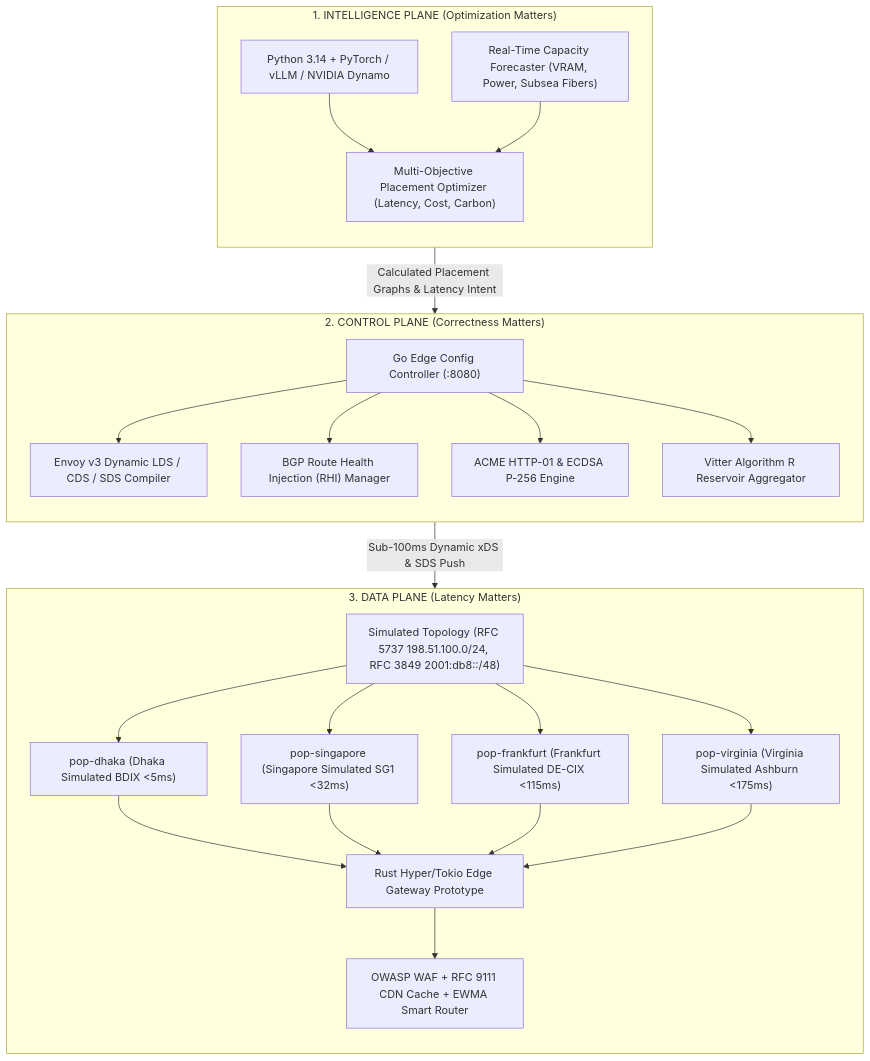
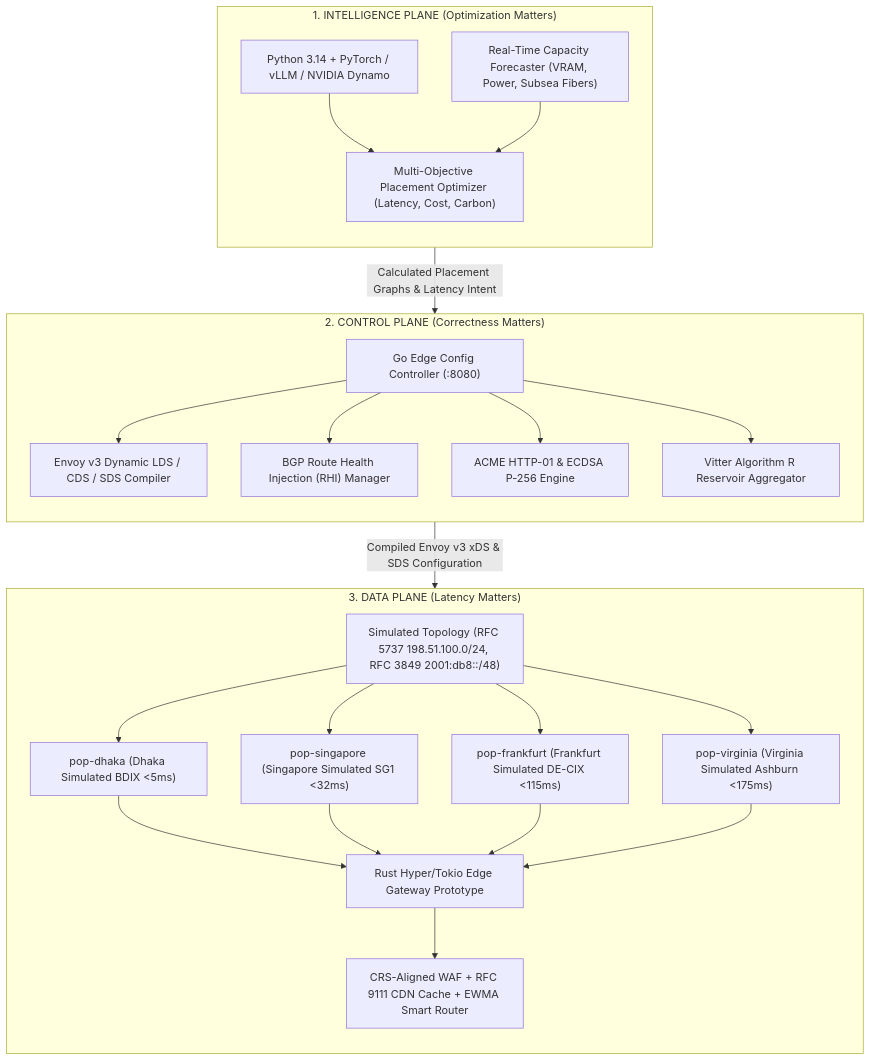
The diagram in README.md (iammahmudhasan/Global-Infrastructure), drawn with Mermaid before and after one commit. The commit also changed other lines of this file and 7 other files, not shown here.

Commit message:
feat(security): wire control plane auth middleware, enforce resource-level authorization, and add CI pipeline

````diff
--- a/README.md
+++ b/README.md
@@ -68,48 +68,48 @@
 ```mermaid
 graph TD
     subgraph IntelligencePlane["1. INTELLIGENCE PLANE (Optimization Matters)"]
         direction TB
         PyModels["Python 3.14 + PyTorch / vLLM / NVIDIA Dynamo"]
         CapacityEngine["Real-Time Capacity Forecaster (VRAM, Power, Subsea Fibers)"]
         WorkloadOptimizer["Multi-Objective Placement Optimizer (Latency, Cost, Carbon)"]
         PyModels --> WorkloadOptimizer
         CapacityEngine --> WorkloadOptimizer
     end
 
     subgraph ControlPlane["2. CONTROL PLANE (Correctness Matters)"]
         direction TB
         EdgeController["Go Edge Config Controller (:8080)"]
         Compiler["Envoy v3 Dynamic LDS / CDS / SDS Compiler"]
         AnycastManager["BGP Route Health Injection (RHI) Manager"]
         CertManager["ACME HTTP-01 & ECDSA P-256 Engine"]
         AnalyticsStore["Vitter Algorithm R Reservoir Aggregator"]
         EdgeController --> Compiler
         EdgeController --> AnycastManager
         EdgeController --> CertManager
         EdgeController --> AnalyticsStore
     end
 
     subgraph DataPlane["3. DATA PLANE (Latency Matters)"]
         direction TB
         AnycastBGP["Simulated Topology (RFC 5737 198.51.100.0/24, RFC 3849 2001:db8::/48)"]
         PoPDhaka["pop-dhaka (Dhaka Simulated BDIX <5ms)"]
         PoPSG["pop-singapore (Singapore Simulated SG1 <32ms)"]
         PoPFRA["pop-frankfurt (Frankfurt Simulated DE-CIX <115ms)"]
         PoPIAD["pop-virginia (Virginia Simulated Ashburn <175ms)"]
         RustGateway["Rust Hyper/Tokio Edge Gateway Prototype"]
-        FastPathEngine["OWASP WAF + RFC 9111 CDN Cache + EWMA Smart Router"]
+        FastPathEngine["CRS-Aligned WAF + RFC 9111 CDN Cache + EWMA Smart Router"]
         
         AnycastBGP --> PoPDhaka
         AnycastBGP --> PoPSG
         AnycastBGP --> PoPFRA
         AnycastBGP --> PoPIAD
         PoPDhaka --> RustGateway
         PoPSG --> RustGateway
         PoPFRA --> RustGateway
         PoPIAD --> RustGateway
         RustGateway --> FastPathEngine
     end
 
     IntelligencePlane -->|Calculated Placement Graphs & Latency Intent| ControlPlane
-    ControlPlane -->|Sub-100ms Dynamic xDS & SDS Push| DataPlane
+    ControlPlane -->|Compiled Envoy v3 xDS & SDS Configuration| DataPlane
 ```
````
